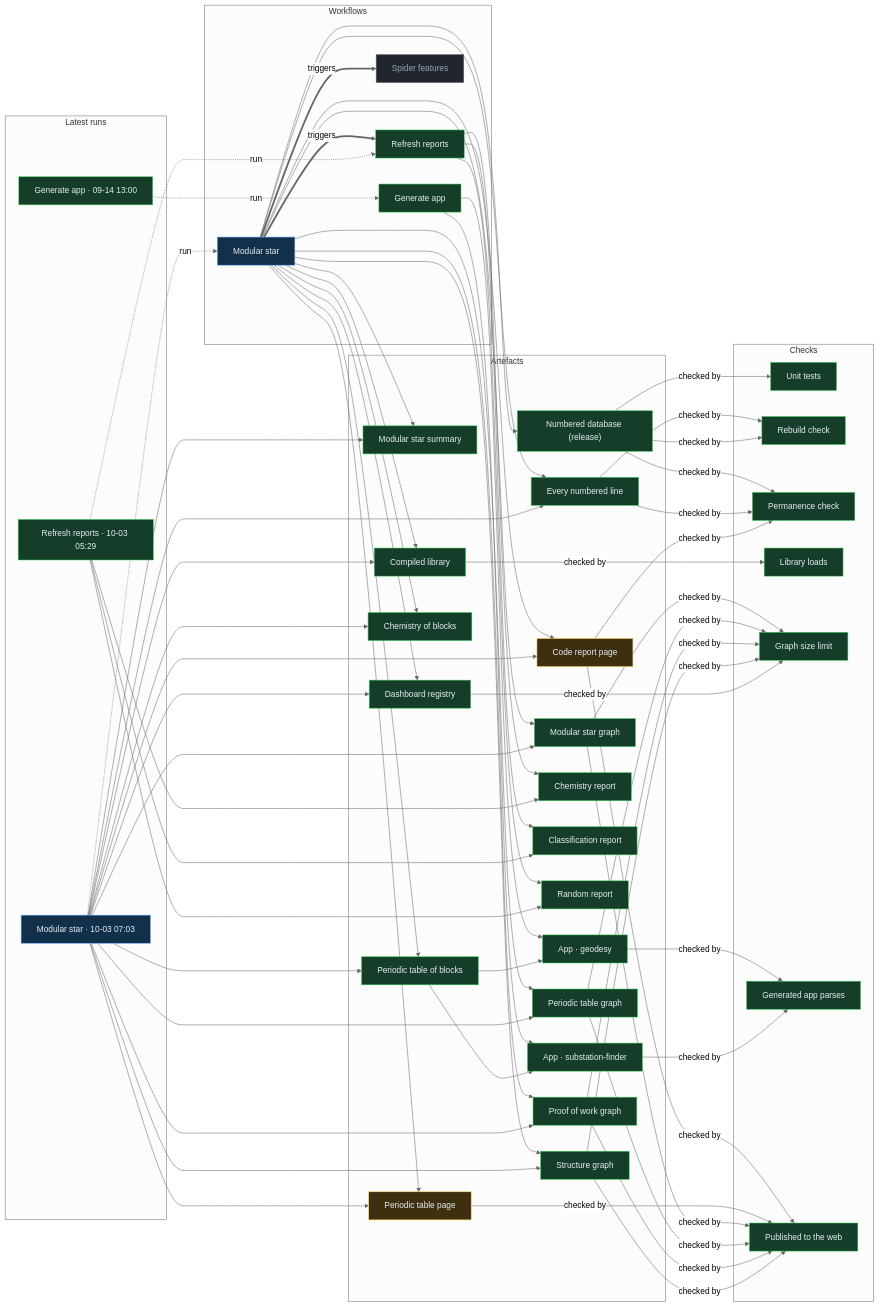
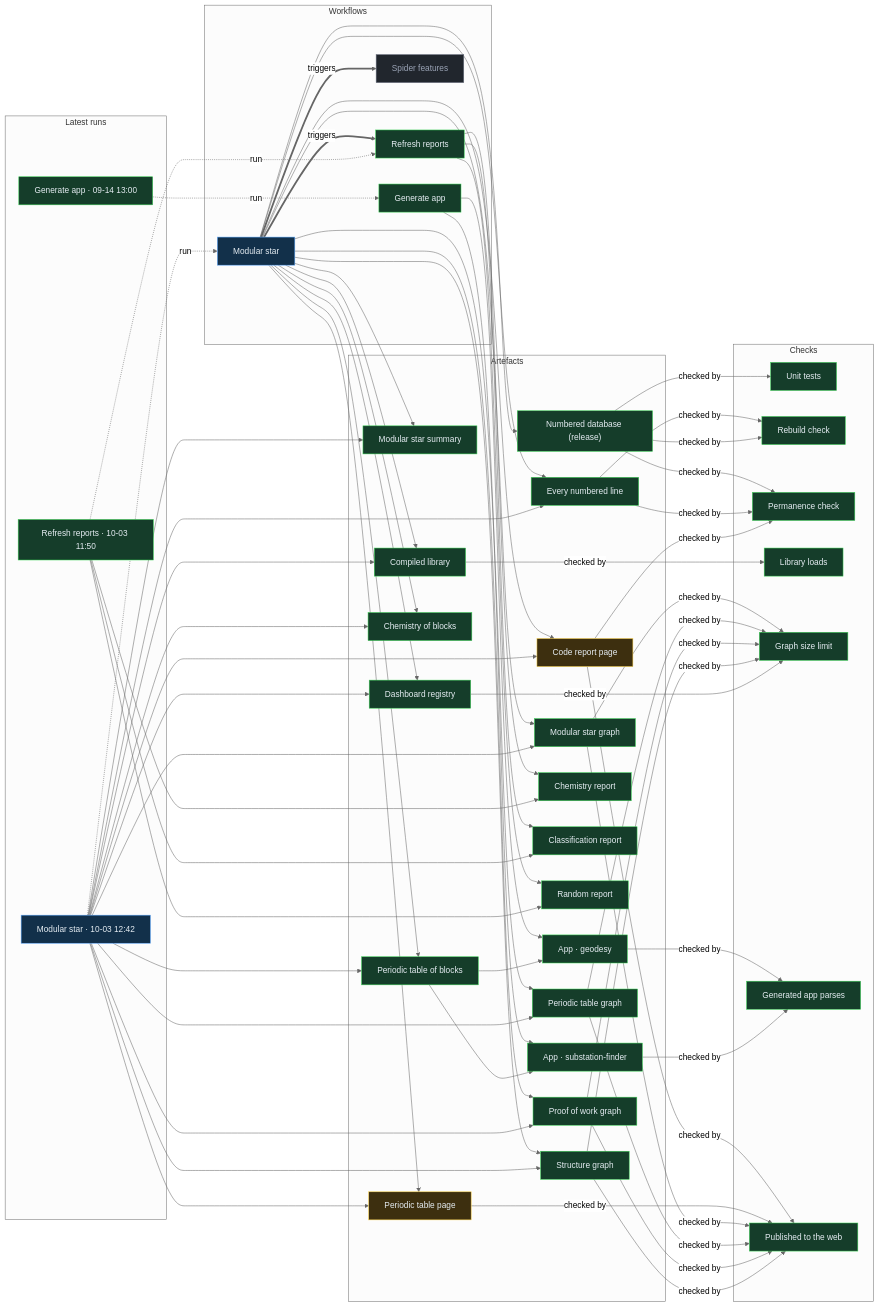
One commit to Ventusltd/stars changed the diagram in proof/PROOF.md. Above: the diagram before and after it, drawn with Mermaid (neutral theme). The commit also changed other lines of this file and 39 other files, not shown here.

Commit message:
Modular star 2026-10-03T12:45Z

```diff
--- a/proof/PROOF.md
+++ b/proof/PROOF.md
@@ -24,8 +24,8 @@
   n_wf_spider_features["Spider features"]:::off
   end
   subgraph g_runs["Latest runs"]
-  n_run_37105097989["Modular star · 10-03 07:03"]:::live
-  n_run_37099986831["Refresh reports · 10-03 05:29"]:::ok
+  n_run_37123727468["Modular star · 10-03 12:42"]:::live
+  n_run_37120938531["Refresh reports · 10-03 11:50"]:::ok
   n_run_34846587798["Generate app · 09-14 13:00"]:::ok
   end
   subgraph g_artefacts["Artefacts"]
@@ -59,39 +59,39 @@
   end
   n_wf_modular_star == triggers ==> n_wf_refresh
   n_wf_modular_star == triggers ==> n_wf_spider_features
-  n_run_37105097989 -. run .-> n_wf_modular_star
-  n_run_37099986831 -. run .-> n_wf_refresh
+  n_run_37123727468 -. run .-> n_wf_modular_star
+  n_run_37120938531 -. run .-> n_wf_refresh
   n_run_34846587798 -. run .-> n_wf_generate
   n_wf_modular_star --> n_art_summary
-  n_run_37105097989 --> n_art_summary
+  n_run_37123727468 --> n_art_summary
   n_wf_modular_star --> n_art_lines
-  n_run_37105097989 --> n_art_lines
+  n_run_37123727468 --> n_art_lines
   n_wf_modular_star --> n_art_code
-  n_run_37105097989 --> n_art_code
+  n_run_37123727468 --> n_art_code
   n_wf_modular_star --> n_art_modular_graph
-  n_run_37105097989 --> n_art_modular_graph
+  n_run_37123727468 --> n_art_modular_graph
   n_wf_modular_star --> n_art_blocks
-  n_run_37105097989 --> n_art_blocks
+  n_run_37123727468 --> n_art_blocks
   n_wf_modular_star --> n_art_table
-  n_run_37105097989 --> n_art_table
+  n_run_37123727468 --> n_art_table
   n_wf_modular_star --> n_art_blocks_graph
-  n_run_37105097989 --> n_art_blocks_graph
+  n_run_37123727468 --> n_art_blocks_graph
   n_wf_modular_star --> n_art_reactions
-  n_run_37105097989 --> n_art_reactions
+  n_run_37123727468 --> n_art_reactions
   n_wf_modular_star --> n_art_library
-  n_run_37105097989 --> n_art_library
+  n_run_37123727468 --> n_art_library
   n_wf_modular_star --> n_art_features
-  n_run_37105097989 --> n_art_features
+  n_run_37123727468 --> n_art_features
   n_wf_modular_star --> n_art_proof
-  n_run_37105097989 --> n_art_proof
+  n_run_37123727468 --> n_art_proof
   n_wf_modular_star --> n_art_structure
-  n_run_37105097989 --> n_art_structure
+  n_run_37123727468 --> n_art_structure
   n_wf_refresh --> n_art_chemistry
-  n_run_37099986831 --> n_art_chemistry
+  n_run_37120938531 --> n_art_chemistry
   n_wf_refresh --> n_art_vedic
-  n_run_37099986831 --> n_art_vedic
+  n_run_37120938531 --> n_art_vedic
   n_wf_refresh --> n_art_random
-  n_run_37099986831 --> n_art_random
+  n_run_37120938531 --> n_art_random
   n_wf_modular_star --> n_art_release
   n_wf_generate --> n_app_geodesy
   n_art_blocks --> n_app_geodesy
```
